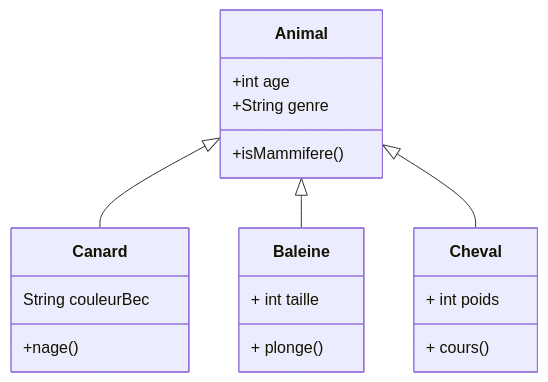
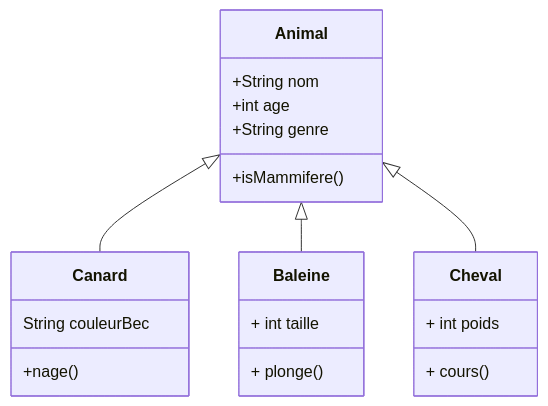
Before and after one commit to nicolas59/java-introduction: the second of 5 diagrams in 4-Classes/readme.md, drawn with Mermaid. The commit also changed other lines of this file and 12 other files, not shown here.

````diff
--- a/4-Classes/readme.md
+++ b/4-Classes/readme.md
@@ -288,26 +288,28 @@
 ```mermaid
 classDiagram
     Animal <|-- Canard
     Animal <|-- Baleine
     Animal <|-- Cheval
     class Animal{
+          +String nom
           +int age
           +String genre
+          
           +isMammifere()
    }
     class Canard{
         String couleurBec
         
         +nage()
         
     }
     class Baleine{
         + int taille
         + plonge()
     }
     class Cheval{
         + int poids
         + cours()
     }
     
 ```
````
